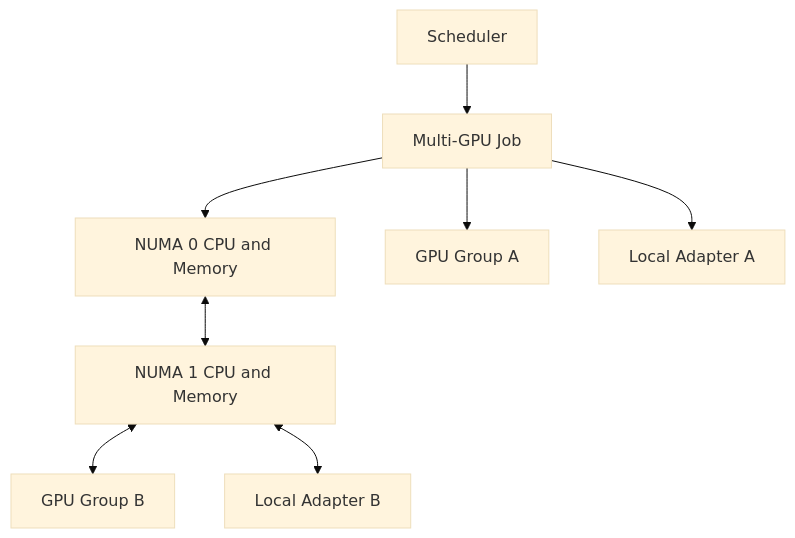
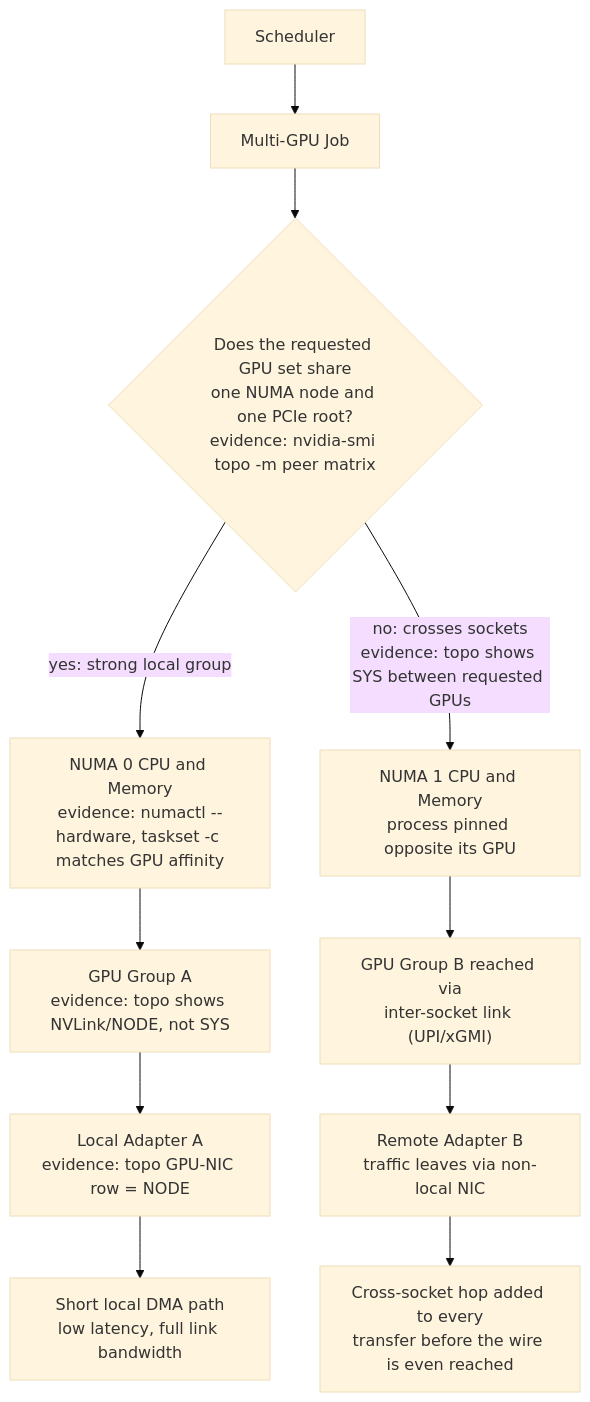
The first of 2 diagrams in docs/nvidia-zero-to-hero/volume-07/chapter-08-topology-aware-placement.md (jithinpnjm/nvidia-devops), drawn with Mermaid (base theme) before and after one commit. The commit also changed other lines of this file and 10 other files, not shown here.

````diff
--- a/docs/nvidia-zero-to-hero/volume-07/chapter-08-topology-aware-placement.md
+++ b/docs/nvidia-zero-to-hero/volume-07/chapter-08-topology-aware-placement.md
@@ -50,19 +50,15 @@
 ```mermaid
 flowchart TD
-    Scheduler[Scheduler]
-    Job[Multi-GPU Job]
-    CPU0[NUMA 0 CPU and Memory]
-    CPU1[NUMA 1 CPU and Memory]
-    GPU0[GPU Group A]
-    GPU1[GPU Group B]
-    NIC0[Local Adapter A]
-    NIC1[Local Adapter B]
+    Scheduler[Scheduler] --> Job[Multi-GPU Job]
+    Job --> Check{"Does the requested GPU set share<br/>one NUMA node and one PCIe root?<br/>evidence: nvidia-smi topo -m peer matrix"}
 
-    Scheduler --> Job
-    Job --> CPU0
-    Job --> GPU0
-    Job --> NIC0
-    CPU0 <--> CPU1
-    CPU1 <--> GPU1
-    CPU1 <--> NIC1
+    Check -->|"yes: strong local group"| CPU0["NUMA 0 CPU and Memory<br/>evidence: numactl --hardware, taskset -c matches GPU affinity"]
+    CPU0 --> GPU0["GPU Group A<br/>evidence: topo shows NVLink/NODE, not SYS"]
+    GPU0 --> NIC0["Local Adapter A<br/>evidence: topo GPU-NIC row = NODE"]
+    NIC0 --> FastPath["Short local DMA path<br/>low latency, full link bandwidth"]
+
+    Check -->|"no: crosses sockets<br/>evidence: topo shows SYS between requested GPUs"| CPU1["NUMA 1 CPU and Memory<br/>process pinned opposite its GPU"]
+    CPU1 --> GPU1["GPU Group B reached via<br/>inter-socket link (UPI/xGMI)"]
+    GPU1 --> NIC1["Remote Adapter B<br/>traffic leaves via non-local NIC"]
+    NIC1 --> SlowPath["Cross-socket hop added to every<br/>transfer before the wire is even reached"]
 ```
````
